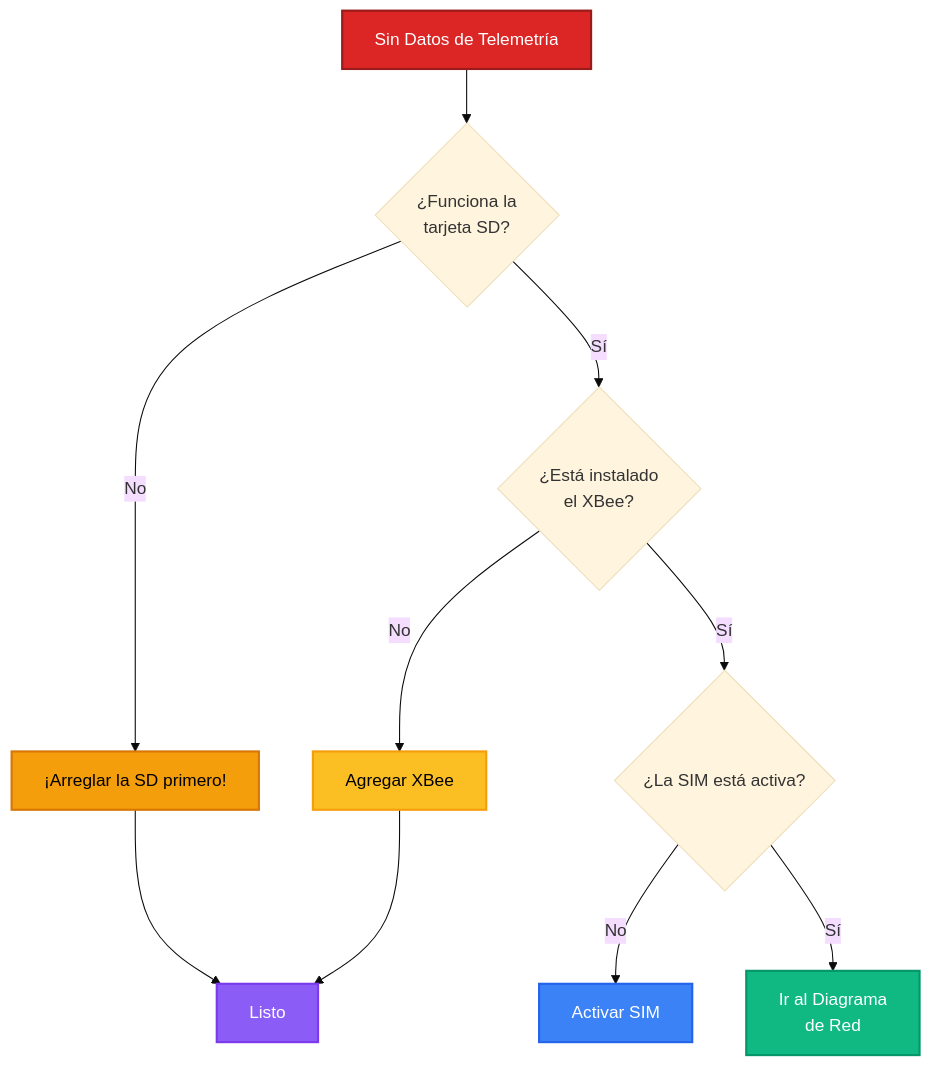
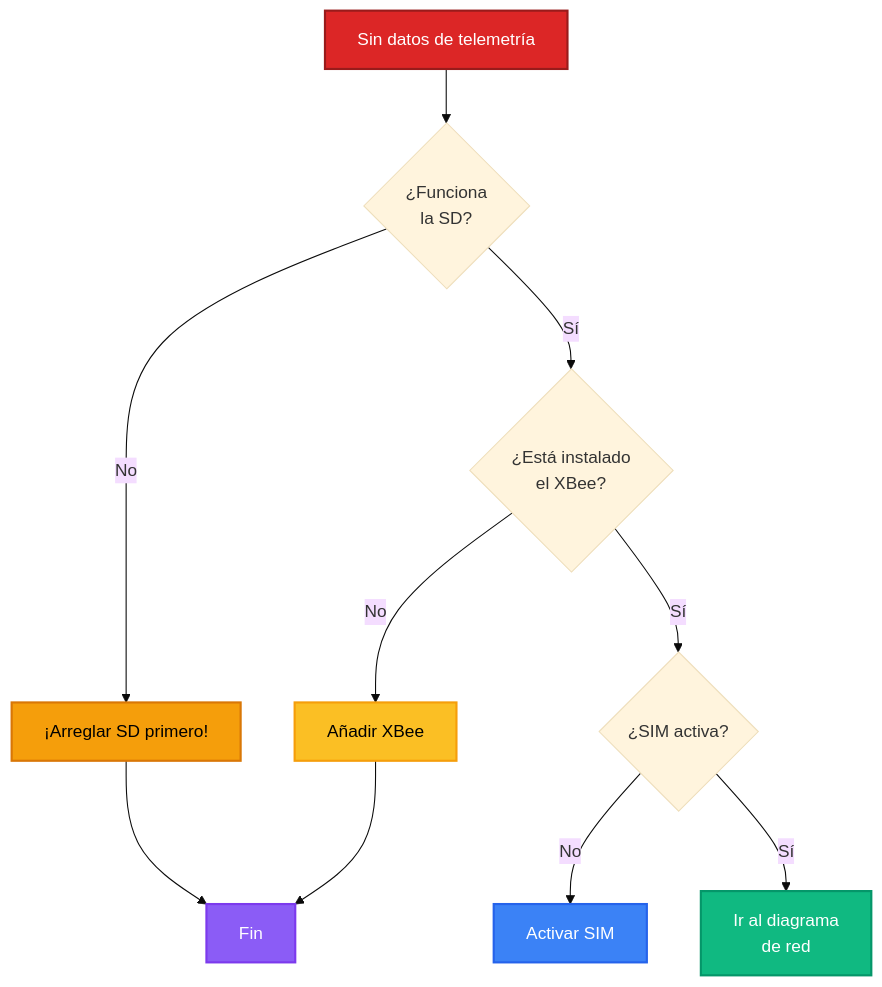
The third of 5 diagrams in docs/es/operation/troubleshooting/diagnostic-flowcharts.md (ICHydro/Riverlabs), drawn with Mermaid (base theme) before and after one commit. The commit also changed other lines of this file and 33 other files, not shown here.

````diff
--- a/docs/es/operation/troubleshooting/diagnostic-flowcharts.md
+++ b/docs/es/operation/troubleshooting/diagnostic-flowcharts.md
@@ -223,19 +223,19 @@
 ```mermaid
 flowchart TD
-    A[Sin Datos de Telemetría] --> B{¿Funciona la<br/>tarjeta SD?}
-    B -->|No| C[¡Arreglar la SD primero!]
+    A[Sin datos de telemetría] --> B{¿Funciona<br/>la SD?}
+    B -->|No| C[¡Arreglar SD primero!]
     B -->|Sí| D{¿Está instalado<br/>el XBee?}
-    D -->|No| E[Agregar XBee]
-    D -->|Sí| F{¿La SIM está activa?}
+    D -->|No| E[Añadir XBee]
+    D -->|Sí| F{¿SIM activa?}
     F -->|No| G[Activar SIM]
-    F -->|Sí| H[Ir al Diagrama<br/>de Red]
-    C --> I[Listo]
+    F -->|Sí| H[Ir al diagrama<br/>de red]
+    C --> I[Fin]
     E --> I
     
     style A fill:#dc2626,stroke:#991b1b,stroke-width:2px,color:#fff
     style C fill:#f59e0b,stroke:#d97706,stroke-width:2px,color:#000
     style E fill:#fbbf24,stroke:#f59e0b,stroke-width:2px,color:#000
     style G fill:#3b82f6,stroke:#2563eb,stroke-width:2px,color:#fff
     style H fill:#10b981,stroke:#059669,stroke-width:2px,color:#fff
     style I fill:#8b5cf6,stroke:#7c3aed,stroke-width:2px,color:#fff
 ```
````
